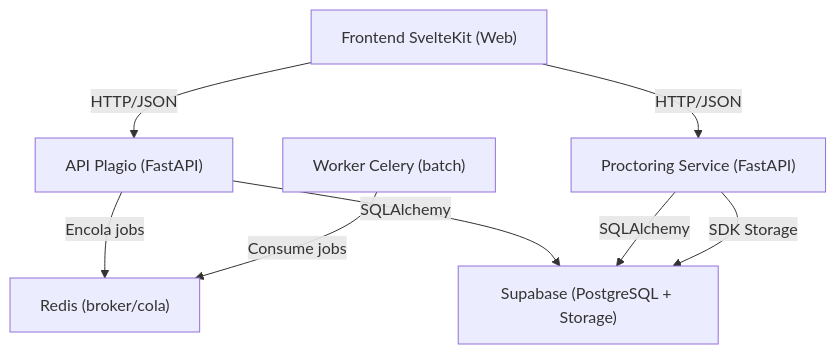
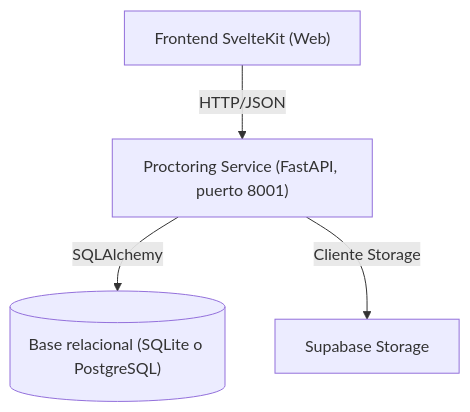
The second of 2 diagrams in informe2.md (CristhianAC/CheatingAI), drawn with Mermaid before and after one commit. The commit also changed other lines of this file, not shown here.

First line of the commit message:
refactor: update proctoring documentation and clarify project scope

````diff
--- a/informe2.md
+++ b/informe2.md
@@ -238,17 +225,11 @@
 ```mermaid
 flowchart TD
   FE["Frontend SvelteKit (Web)"]
-  API1["API Plagio (FastAPI)"]
-  Worker["Worker Celery (batch)"]
-  Proctor["Proctoring Service (FastAPI)"]
-  Redis["Redis (broker/cola)"]
-  Supabase["Supabase (PostgreSQL + Storage)"]
+  Proctor["Proctoring Service (FastAPI, puerto 8001)"]
+  DB[("Base relacional (SQLite o PostgreSQL)")]
+  Supabase["Supabase Storage"]
 
-  FE -->|"HTTP/JSON"| API1
   FE -->|"HTTP/JSON"| Proctor
-  API1 -->|"Encola jobs"| Redis
-  Worker -->|"Consume jobs"| Redis
-  API1 -->|"SQLAlchemy"| Supabase
-  Proctor -->|"SQLAlchemy"| Supabase
-  Proctor -->|"SDK Storage"| Supabase
+  Proctor -->|"SQLAlchemy"| DB
+  Proctor -->|"Cliente Storage"| Supabase
 ```
````
